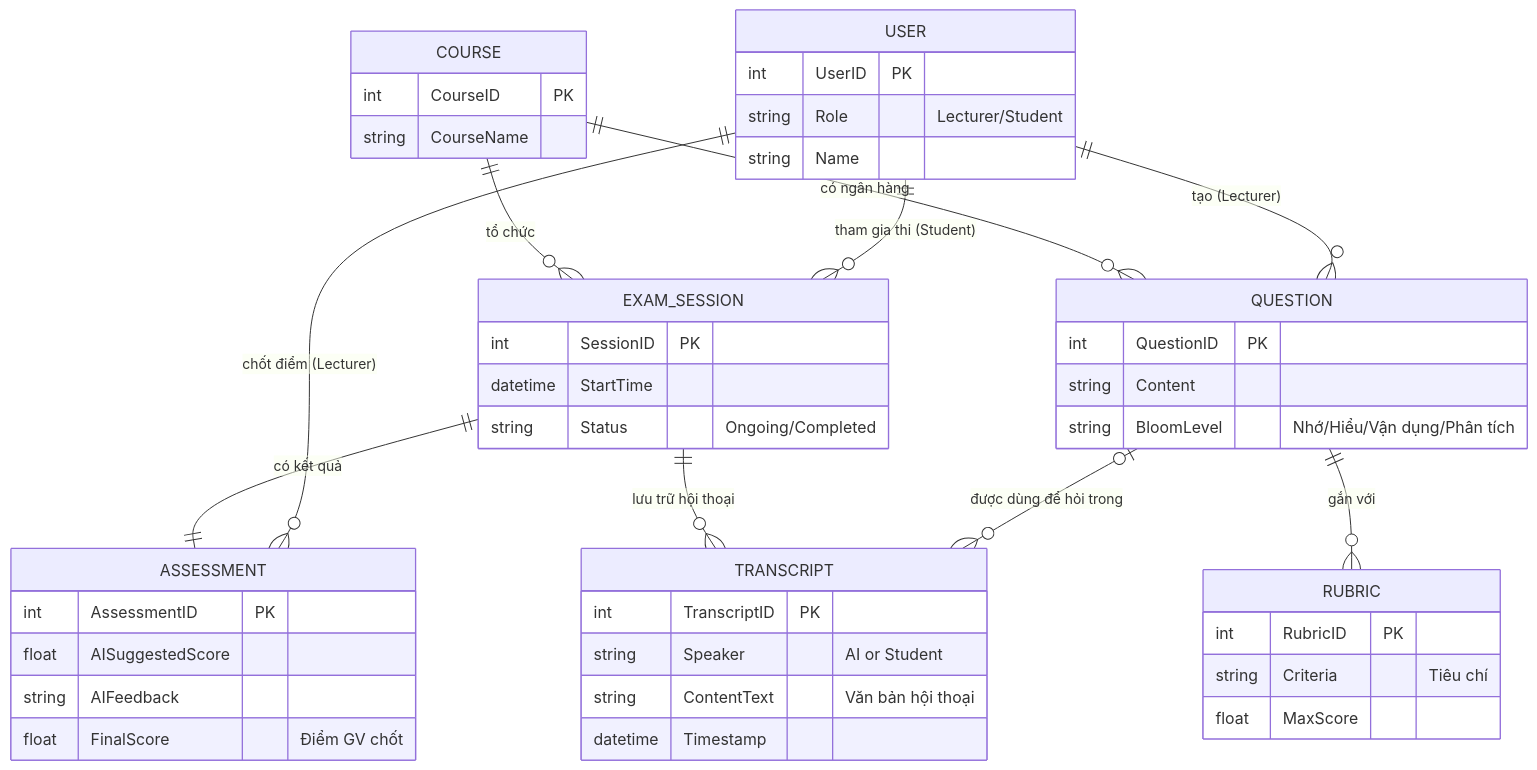
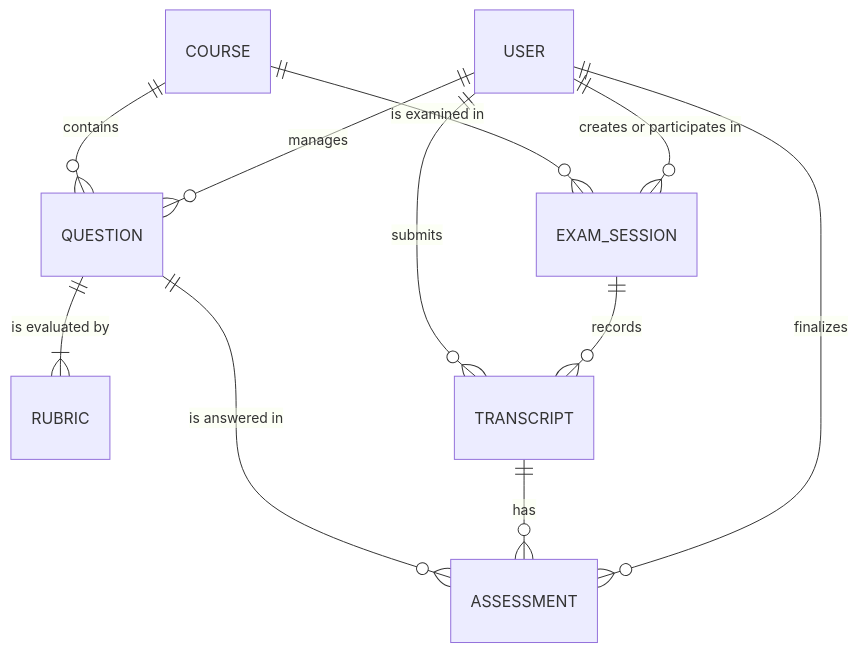
Before and after one commit to HikariHino/SWD392_Group3: the diagram in docs/Conceptual_ERD.md, drawn with Mermaid. The commit also changed other lines of this file and 2 other files, not shown here.

Commit message:
Add conceptual diagram

````diff
--- a/docs/Conceptual_ERD.md
+++ b/docs/Conceptual_ERD.md
@@ -3,52 +6,13 @@
 ```mermaid
 erDiagram
-    USER {
-        int UserID PK
-        string Role "Lecturer/Student"
-        string Name
-    }
-    COURSE {
-        int CourseID PK
-        string CourseName
-    }
-    QUESTION {
-        int QuestionID PK
-        string Content
-        string BloomLevel "Nhớ/Hiểu/Vận dụng/Phân tích"
-    }
-    RUBRIC {
-        int RubricID PK
-        string Criteria "Tiêu chí"
-        float MaxScore
-    }
-    EXAM_SESSION {
-        int SessionID PK
-        datetime StartTime
-        string Status "Ongoing/Completed"
-    }
-    TRANSCRIPT {
-        int TranscriptID PK
-        string Speaker "AI or Student"
-        string ContentText "Văn bản hội thoại"
-        datetime Timestamp
-    }
-    ASSESSMENT {
-        int AssessmentID PK
-        float AISuggestedScore
-        string AIFeedback
-        float FinalScore "Điểm GV chốt"
-    }
-
-    USER ||--o{ EXAM_SESSION : "tham gia thi (Student)"
-    USER ||--o{ ASSESSMENT : "chốt điểm (Lecturer)"
-    USER ||--o{ QUESTION : "tạo (Lecturer)"
-
-    COURSE ||--o{ QUESTION : "có ngân hàng"
-    COURSE ||--o{ EXAM_SESSION : "tổ chức"
-
-    QUESTION ||--o{ RUBRIC : "gắn với"
-    QUESTION |o--o{ TRANSCRIPT : "được dùng để hỏi trong"
-
-    EXAM_SESSION ||--o{ TRANSCRIPT : "lưu trữ hội thoại"
-    EXAM_SESSION ||--|| ASSESSMENT : "có kết quả"
+    USER ||--o{ EXAM_SESSION : "creates or participates in"
+    USER ||--o{ QUESTION : "manages"
+    USER ||--o{ ASSESSMENT : "finalizes"
+    COURSE ||--o{ QUESTION : "contains"
+    COURSE ||--o{ EXAM_SESSION : "is examined in"
+    QUESTION ||--|{ RUBRIC : "is evaluated by"
+    EXAM_SESSION ||--o{ TRANSCRIPT : "records"
+    USER ||--o{ TRANSCRIPT : "submits"
+    TRANSCRIPT ||--o{ ASSESSMENT : "has"
+    QUESTION ||--o{ ASSESSMENT : "is answered in"
 ```
````
